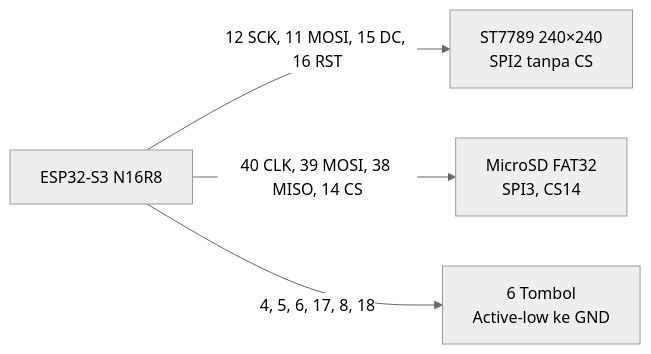
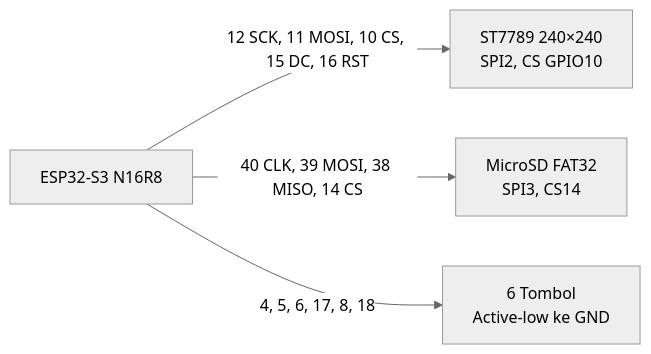
Before and after one commit to gungsss/flipper-esp32s3-diy240: the diagram in README.md, drawn with Mermaid (neutral theme). The commit also changed other lines of this file, not shown here.

````diff
--- a/README.md
+++ b/README.md
@@ -89,10 +89,10 @@
 ```mermaid
 flowchart LR
     MCU[ESP32-S3 N16R8]
-    LCD[ST7789 240×240\nSPI2 tanpa CS]
+    LCD[ST7789 240×240\nSPI2, CS GPIO10]
     SD[MicroSD FAT32\nSPI3, CS14]
     BT[6 Tombol\nActive-low ke GND]
-    MCU -->|12 SCK, 11 MOSI, 15 DC, 16 RST| LCD
+    MCU -->|12 SCK, 11 MOSI, 10 CS, 15 DC, 16 RST| LCD
     MCU -->|40 CLK, 39 MOSI, 38 MISO, 14 CS| SD
     MCU -->|4, 5, 6, 17, 8, 18| BT
 ```
````
